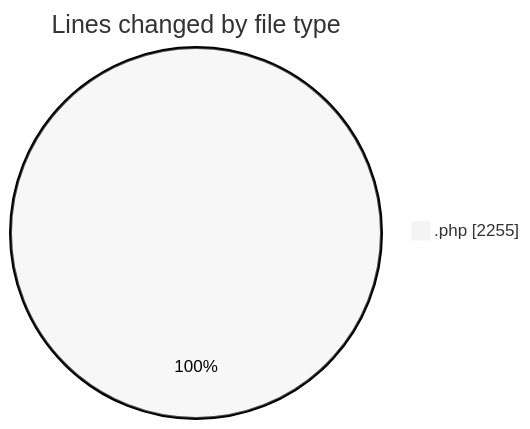
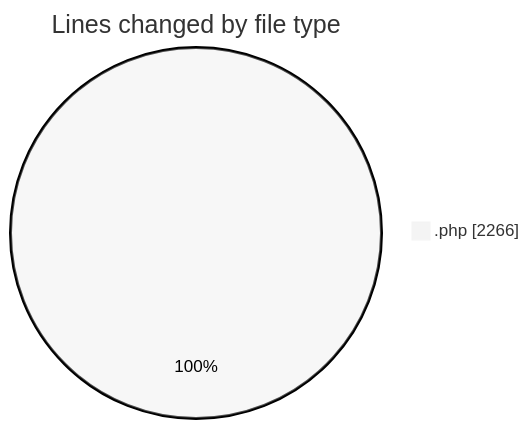
One commit to debugP/code-tracking changed the first of 2 diagrams in 2025-10-22/untitled__workspace_/README.md. Above: the diagram before and after it, drawn with Mermaid (neutral theme). The commit also changed other lines of this file and 1 other file, not shown here.

````diff
--- a/2025-10-22/untitled__workspace_/README.md
+++ b/2025-10-22/untitled__workspace_/README.md
@@ -20,5 +20,5 @@
 ```mermaid
 pie showData
 title Lines changed by file type
-".php" : 2255
+".php" : 2266
 ```
````
